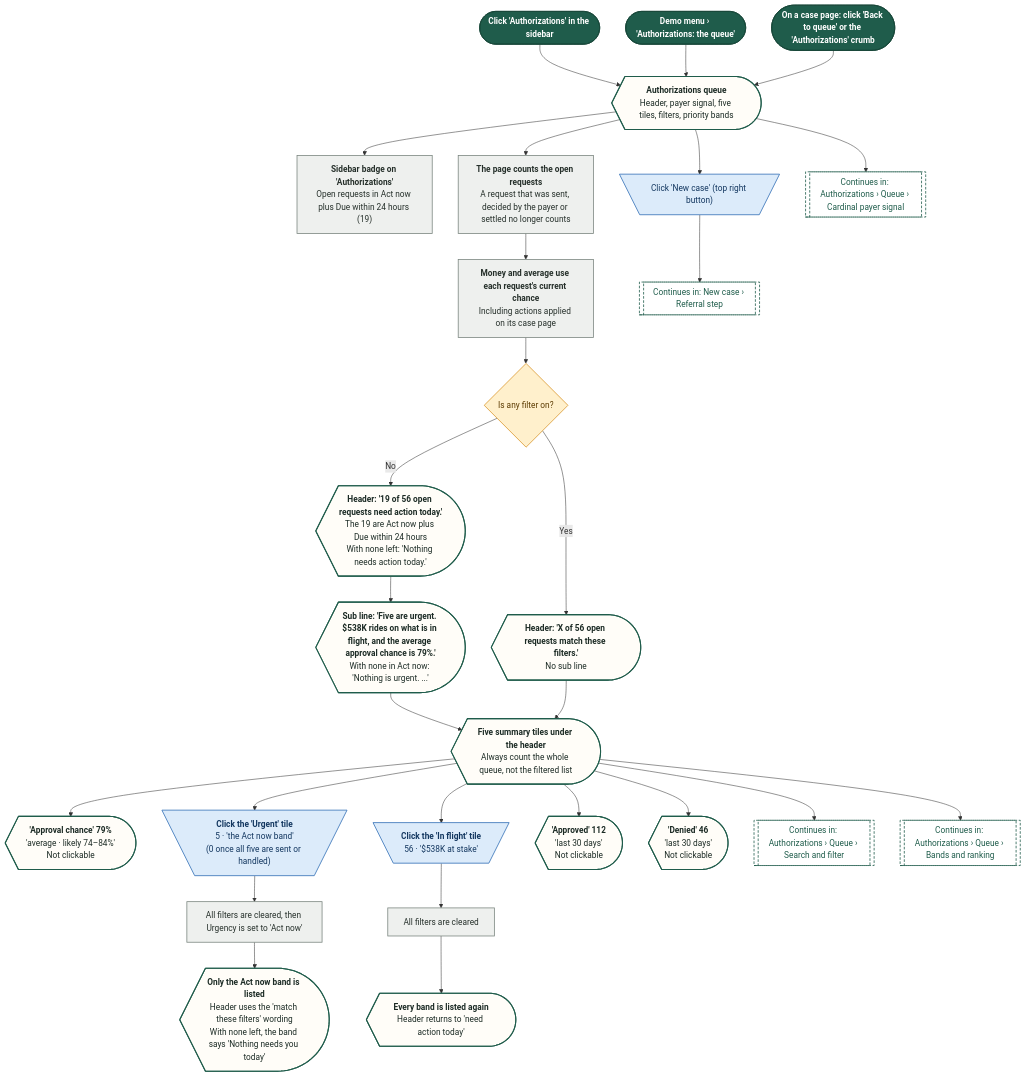
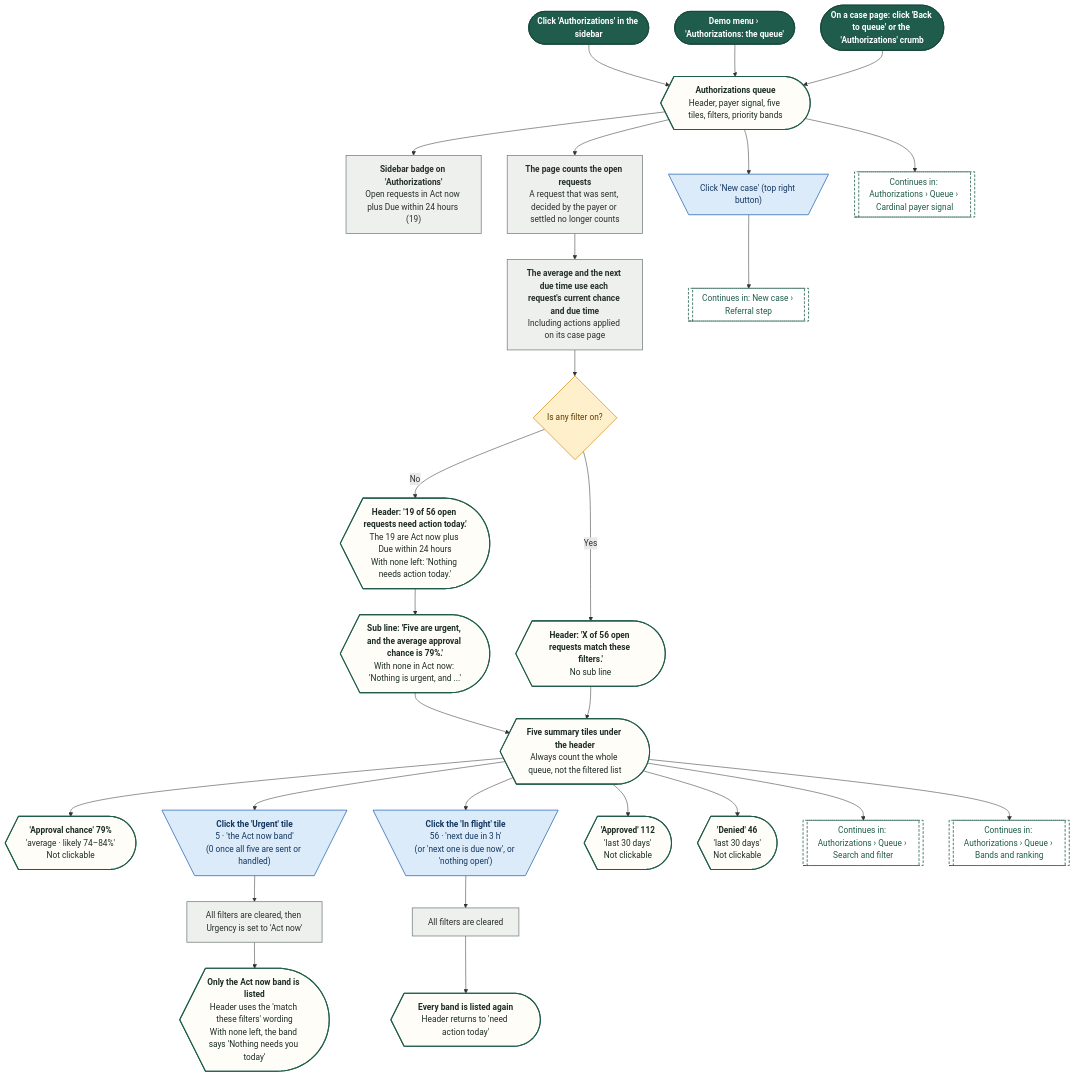
The diagram in demos/prior-auth-demo/workflows/out/mmd/03-authorizations/10-queue-overview.mmd (Shrav143/psyfloapp), drawn with Mermaid before and after one commit. The commit also changed 39 other files, not shown here.

First line of the commit message:
docs: appeal analysis report in the site map and README; rebuild the workflow diagrams (225)

```diff
--- a/demos/prior-auth-demo/workflows/out/mmd/03-authorizations/10-queue-overview.mmd
+++ b/demos/prior-auth-demo/workflows/out/mmd/03-authorizations/10-queue-overview.mmd
@@ -1,66 +1,66 @@
 %%{init: {"theme":"base","themeVariables":{"fontFamily":"'DM Sans', 'Segoe UI', system-ui, sans-serif","fontSize":"15px","lineColor":"#5B6B63","primaryTextColor":"#1C2B25","clusterBkg":"#FBF8F3","clusterBorder":"#D9CDBB","edgeLabelBackground":"#FFFFFF"},"flowchart":{"curve":"basis","nodeSpacing":36,"rankSpacing":48,"padding":12,"htmlLabels":true,"useMaxWidth":false,"wrappingWidth":230}} }%%
 flowchart TD
   classDef k_start fill:#1F5C4B,stroke:#174638,color:#FFFFFF,stroke-width:1.5px,font-weight:600
   classDef k_end fill:#DDEFE3,stroke:#2E7D4F,color:#14502F,stroke-width:1.5px,font-weight:600
   classDef k_endx fill:#FBE3E0,stroke:#C0392B,color:#7A1F16,stroke-width:1.5px,font-weight:600
   classDef k_screen fill:#FFFDF8,stroke:#1F5C4B,color:#1C2B25,stroke-width:2px
   classDef k_overlay fill:#F1F7F3,stroke:#1F5C4B,color:#1C2B25,stroke-width:2px,stroke-dasharray:5 3
   classDef k_click fill:#DCEBFA,stroke:#2F6DB5,color:#12365F,stroke-width:1.5px
   classDef k_input fill:#E4E7FF,stroke:#4C5FD5,color:#1D2670,stroke-width:1.5px
   classDef k_process fill:#EEF0EE,stroke:#7A857F,color:#26302B,stroke-width:1.5px
   classDef k_agent fill:#EEE5FA,stroke:#7A4FC2,color:#341A63,stroke-width:1.5px
   classDef k_decision fill:#FFF0CC,stroke:#D9962B,color:#5C3B00,stroke-width:1.5px
   classDef k_store fill:#D5F0EA,stroke:#1C8E7B,color:#0B4A3F,stroke-width:1.5px
   classDef k_doc fill:#F6E9DC,stroke:#B07A4C,color:#4A2E14,stroke-width:1.5px
   classDef k_ext fill:#FFE6D2,stroke:#E07B39,color:#6B2F06,stroke-width:1.5px
   classDef k_wait fill:#E4E8EE,stroke:#6B7C93,color:#26303D,stroke-width:1.5px
   classDef k_toast fill:#FFF9DB,stroke:#C9A400,color:#5A4A00,stroke-width:1.5px
   classDef k_goto fill:#FFFFFF,stroke:#1F5C4B,color:#1F5C4B,stroke-width:1.5px,stroke-dasharray:5 3
   s1@{ shape: stadium, label: "Click 'Authorizations' in the sidebar" }
   s2@{ shape: stadium, label: "Demo menu › 'Authorizations: the queue'" }
   s3@{ shape: stadium, label: "On a case page: click 'Back to queue' or the 'Authorizations' crumb" }
   q1@{ shape: curv-trap, label: "<b>Authorizations queue</b><br/>Header, payer signal, five tiles, filters, priority bands" }
   sb@{ shape: rect, label: "<b>Sidebar badge on 'Authorizations'</b><br/>Open requests in Act now plus Due within 24 hours (19)" }
   p1@{ shape: rect, label: "<b>The page counts the open requests</b><br/>A request that was sent, decided by the payer or settled no longer counts" }
-  p2@{ shape: rect, label: "<b>Money and average use each request's current chance</b><br/>Including actions applied on its case page" }
+  p2@{ shape: rect, label: "<b>The average and the next due time use each request's current chance and due time</b><br/>Including actions applied on its case page" }
   d1@{ shape: diam, label: "Is any filter on?" }
   h1@{ shape: curv-trap, label: "<b>Header: '19 of 56 open requests need action today.'</b><br/>The 19 are Act now plus Due within 24 hours<br/>With none left: 'Nothing needs action today.'" }
-  h2@{ shape: curv-trap, label: "<b>Sub line: 'Five are urgent. $538K rides on what is in flight, and the average approval chance is 79%.'</b><br/>With none in Act now: 'Nothing is urgent. ...'" }
+  h2@{ shape: curv-trap, label: "<b>Sub line: 'Five are urgent, and the average approval chance is 79%.'</b><br/>With none in Act now: 'Nothing is urgent, and ...'" }
   h3@{ shape: curv-trap, label: "<b>Header: 'X of 56 open requests match these filters.'</b><br/>No sub line" }
   nb@{ shape: trap-t, label: "Click 'New case' (top right button)" }
   g1@{ shape: subproc, label: "Continues in: New case › Referral step" }
   g2@{ shape: subproc, label: "Continues in: Authorizations › Queue › Cardinal payer signal" }
   tl@{ shape: curv-trap, label: "<b>Five summary tiles under the header</b><br/>Always count the whole queue, not the filtered list" }
   t1@{ shape: curv-trap, label: "<b>'Approval chance' 79%</b><br/>'average · likely 74–84%'<br/>Not clickable" }
   t2@{ shape: trap-t, label: "<b>Click the 'Urgent' tile</b><br/>5 · 'the Act now band'<br/>(0 once all five are sent or handled)" }
-  t3@{ shape: trap-t, label: "<b>Click the 'In flight' tile</b><br/>56 · '$538K at stake'" }
+  t3@{ shape: trap-t, label: "<b>Click the 'In flight' tile</b><br/>56 · 'next due in 3 h'<br/>(or 'next one is due now', or 'nothing open')" }
   t4@{ shape: curv-trap, label: "<b>'Approved' 112</b><br/>'last 30 days'<br/>Not clickable" }
   t5@{ shape: curv-trap, label: "<b>'Denied' 46</b><br/>'last 30 days'<br/>Not clickable" }
   u1@{ shape: rect, label: "All filters are cleared, then Urgency is set to 'Act now'" }
   u2@{ shape: curv-trap, label: "<b>Only the Act now band is listed</b><br/>Header uses the 'match these filters' wording<br/>With none left, the band says 'Nothing needs you today'" }
   a1@{ shape: rect, label: "All filters are cleared" }
   a2@{ shape: curv-trap, label: "<b>Every band is listed again</b><br/>Header returns to 'need action today'" }
   g3@{ shape: subproc, label: "Continues in: Authorizations › Queue › Search and filter" }
   g4@{ shape: subproc, label: "Continues in: Authorizations › Queue › Bands and ranking" }
   s1 --> q1
   s2 --> q1
   s3 --> q1
   q1 --> sb
   q1 --> nb --> g1
   q1 --> p1 --> p2 --> d1
   d1 -->|"No"| h1 --> h2
   d1 -->|"Yes"| h3
   h2 --> tl
   h3 --> tl
   tl --> t1 & t2 & t3 & t4 & t5
   t2 --> u1 --> u2
   t3 --> a1 --> a2
   q1 --> g2
   tl --> g3
   tl --> g4
   class s1,s2,s3 k_start
   class q1,h1,h2,h3,tl,t1,t4,t5,u2,a2 k_screen
   class sb,p1,p2,u1,a1 k_process
   class d1 k_decision
   class nb,t2,t3 k_click
   class g1,g2,g3,g4 k_goto
```
